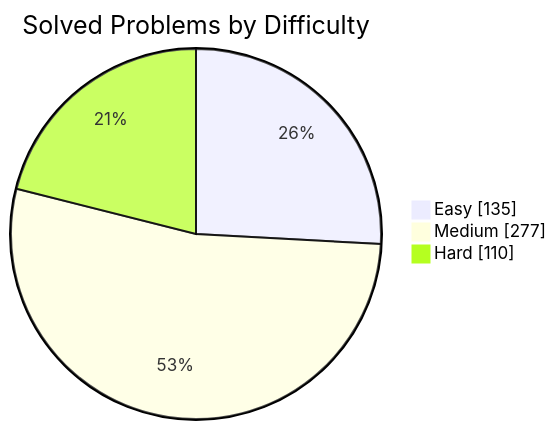
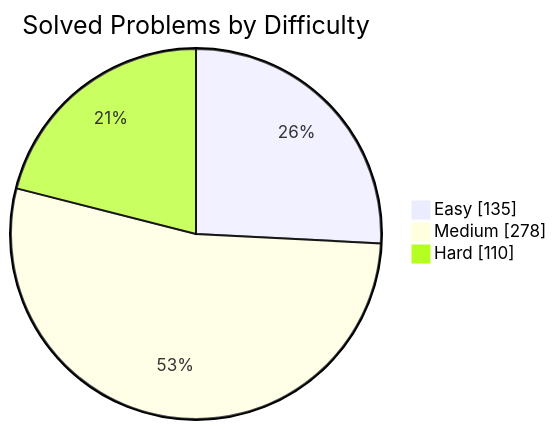
One commit to manikantbindass/DSA-Preparation-FAANG changed the first of 2 diagrams in README.md. Above: the diagram before and after it, drawn with Mermaid. The commit also changed other lines of this file and 1 other file, not shown here.

````diff
--- a/README.md
+++ b/README.md
@@ -79,7 +79,7 @@
 ```mermaid
 pie showData
     title Solved Problems by Difficulty
     "Easy" : 135
-    "Medium" : 277
+    "Medium" : 278
     "Hard" : 110
 ```
````
